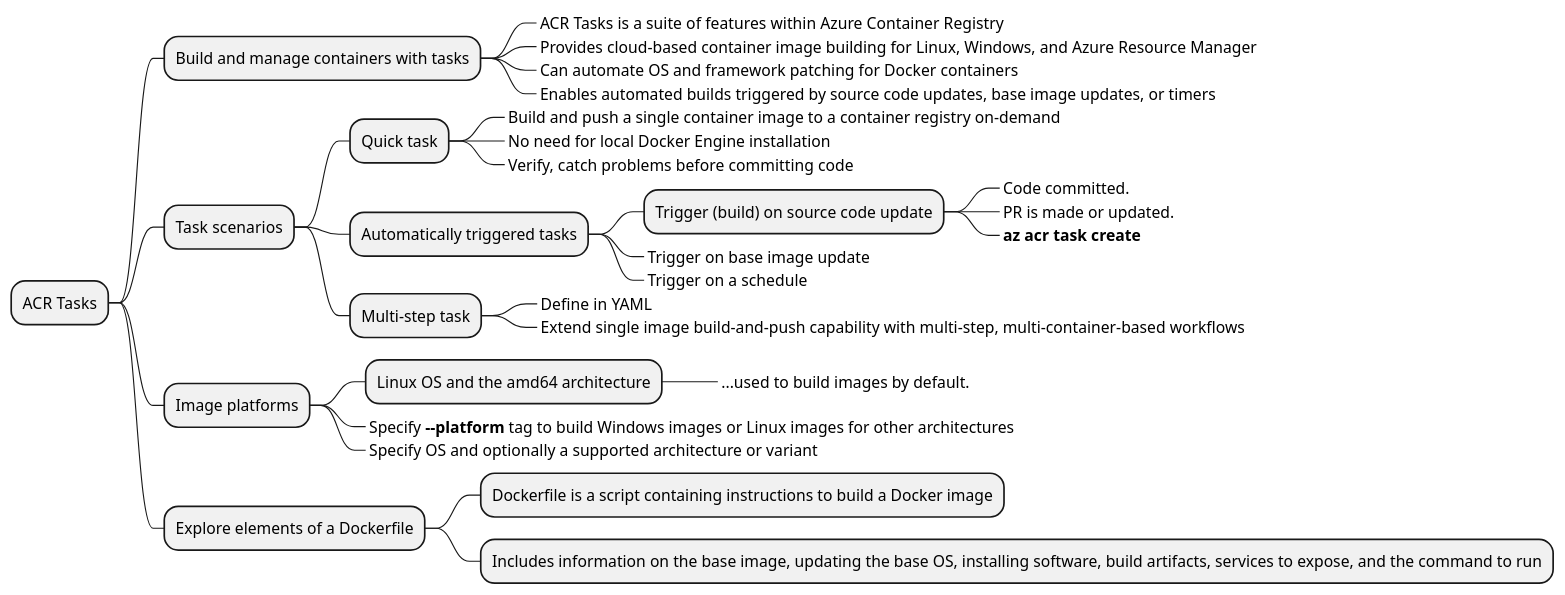
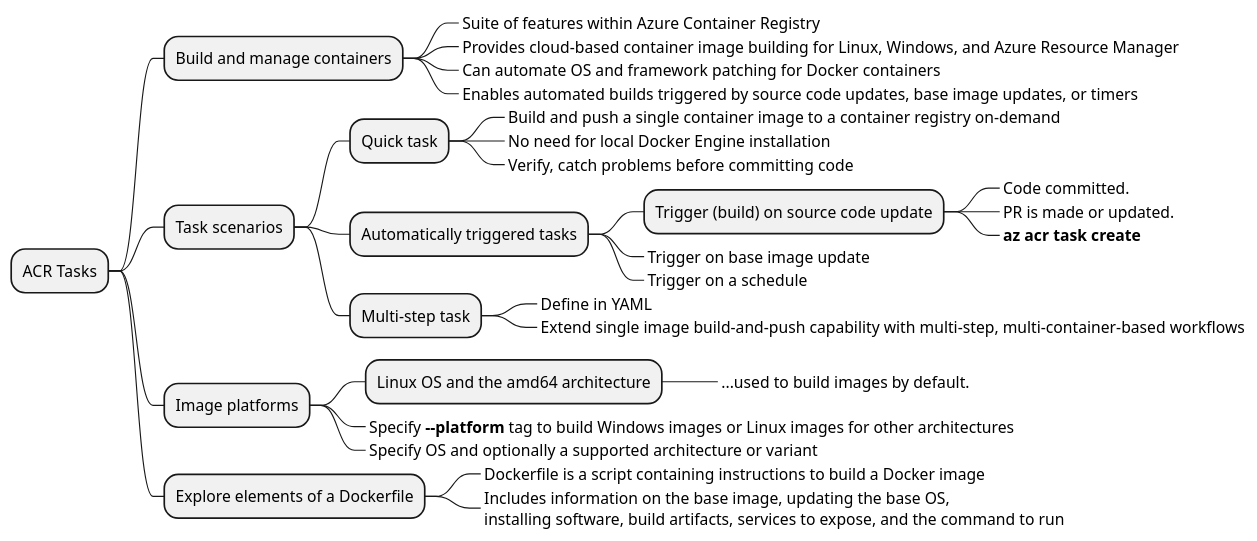
One commit to bobbyache/AZ-204 changed the diagram in 03 - containerized-solutions/diagrams/container-registry-tasks.plantuml. Above: the diagram before and after it, drawn with PlantUML. The commit also changed 61 other files, not shown here.

```diff
--- a/03 - containerized-solutions/diagrams/container-registry-tasks.plantuml
+++ b/03 - containerized-solutions/diagrams/container-registry-tasks.plantuml
@@ -1,33 +1,33 @@
 @startmindmap
 * ACR Tasks
-** Build and manage containers with tasks
-***_ ACR Tasks is a suite of features within Azure Container Registry
+** Build and manage containers
+***_ Suite of features within Azure Container Registry
 ***_ Provides cloud-based container image building for Linux, Windows, and Azure Resource Manager
 ***_ Can automate OS and framework patching for Docker containers
 ***_ Enables automated builds triggered by source code updates, base image updates, or timers
 ** Task scenarios
 *** Quick task
 ****_ Build and push a single container image to a container registry on-demand
 ****_ No need for local Docker Engine installation
 ****_ Verify, catch problems before committing code
 *** Automatically triggered tasks
 **** Trigger (build) on source code update
 *****_ Code committed.
 *****_ PR is made or updated.
 *****_ **az acr task create**
 ****_ Trigger on base image update
 ****_ Trigger on a schedule
  
 *** Multi-step task
 ****_ Define in YAML
 ****_ Extend single image build-and-push capability with multi-step, multi-container-based workflows
 
 ** Image platforms
 *** Linux OS and the amd64 architecture
 ****_ ...used to build images by default.
 ***_ Specify **--platform** tag to build Windows images or Linux images for other architectures
 ***_ Specify OS and optionally a supported architecture or variant
 ** Explore elements of a Dockerfile
-*** Dockerfile is a script containing instructions to build a Docker image
-*** Includes information on the base image, updating the base OS, installing software, build artifacts, services to expose, and the command to run
+***_ Dockerfile is a script containing instructions to build a Docker image
+***_ Includes information on the base image, updating the base OS,\ninstalling software, build artifacts, services to expose, and the command to run
 @endmindmap
```
